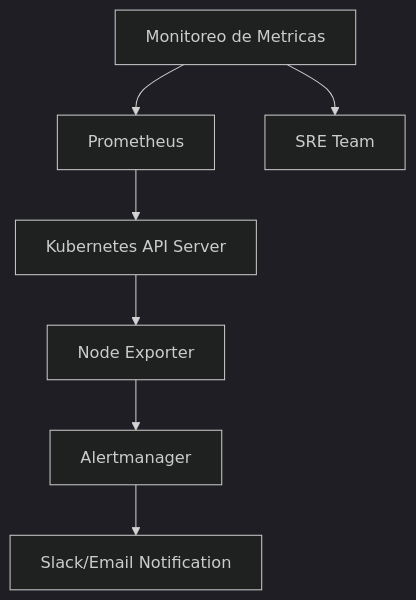
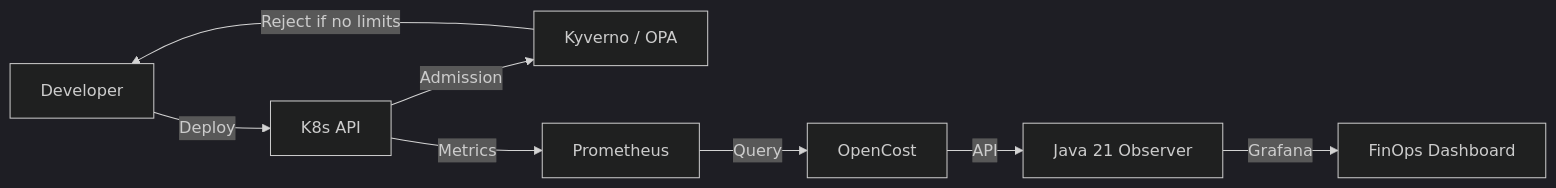
Before and after one commit to Joaquinriosheredia/DAM-Java-Mastery: the second of 3 diagrams in _Review/finops_y_kubernetes_cost_allocation/finops_y_kubernetes_cost_allocation.md, drawn with Mermaid (dark theme). The commit also changed other lines of this file, not shown here.

Commit message:
FinOps y Kubernetes Cost Allocation en Java 21

````diff
--- a/_Review/finops_y_kubernetes_cost_allocation/finops_y_kubernetes_cost_allocation.md
+++ b/_Review/finops_y_kubernetes_cost_allocation/finops_y_kubernetes_cost_allocation.md
@@ -350,9 +266,10 @@
 ```mermaid
-graph TD
-    A[Monitoreo de Metricas] --> B[Prometheus]
-    B --> C[Kubernetes API Server]
-    C --> D[Node Exporter]
-    D --> E[Alertmanager]
-    E --> F[Slack/Email Notification]
-    A --> G[SRE Team]
+graph LR
+    DEV[Developer] -->|Deploy| K8S[K8s API]
+    K8S -->|Admission| OPA[Kyverno / OPA]
+    OPA -->|Reject if no limits| DEV
+    K8S -->|Metrics| PROM[Prometheus]
+    PROM -->|Query| OC[OpenCost]
+    OC -->|API| JAVA[Java 21 Observer]
+    JAVA -->|Grafana| FIN[FinOps Dashboard]
 ```
````
